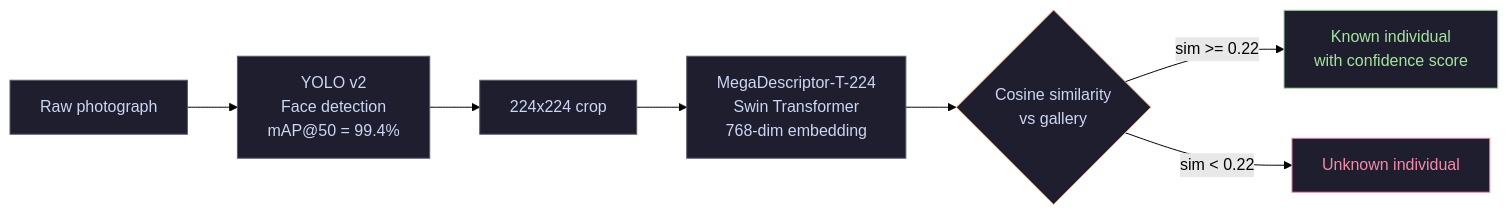
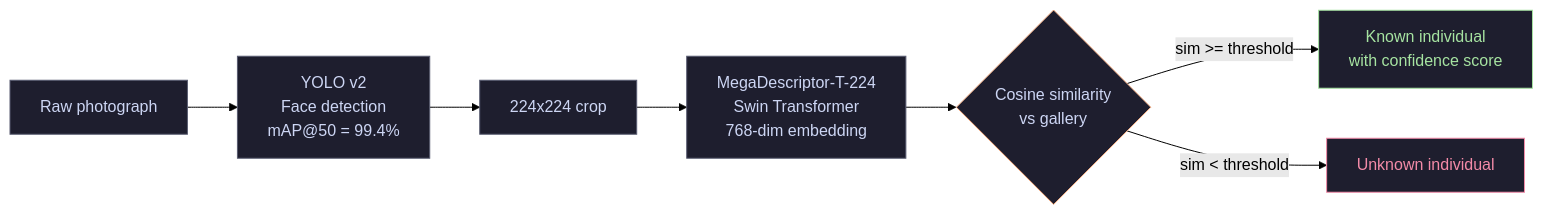
Before and after one commit to tit-exe/OrangIdentifier: the first of 2 diagrams in README.md, drawn with Mermaid (forest theme). The commit also changed other lines of this file and 93 other files, not shown here.

````diff
--- a/README.md
+++ b/README.md
@@ -28,17 +28,17 @@
 ```mermaid
 flowchart LR
     A[Raw photograph] --> B[YOLO v2\nFace detection\nmAP@50 = 99.4%]
     B --> C[224x224 crop]
     C --> D[MegaDescriptor-T-224\nSwin Transformer\n768-dim embedding]
     D --> E{Cosine similarity\nvs gallery}
-    E -->|sim >= 0.22| F[Known individual\nwith confidence score]
-    E -->|sim < 0.22| G[Unknown individual]
+    E -->|sim >= threshold| F[Known individual\nwith confidence score]
+    E -->|sim < threshold| G[Unknown individual]
 
     style A fill:#1e1e2e,stroke:#585b70,color:#cdd6f4
     style B fill:#1e1e2e,stroke:#585b70,color:#cdd6f4
     style C fill:#1e1e2e,stroke:#585b70,color:#cdd6f4
     style D fill:#1e1e2e,stroke:#585b70,color:#cdd6f4
     style E fill:#1e1e2e,stroke:#fab387,color:#cdd6f4
     style F fill:#1e1e2e,stroke:#a6e3a1,color:#a6e3a1
     style G fill:#1e1e2e,stroke:#f38ba8,color:#f38ba8
 ```
````
